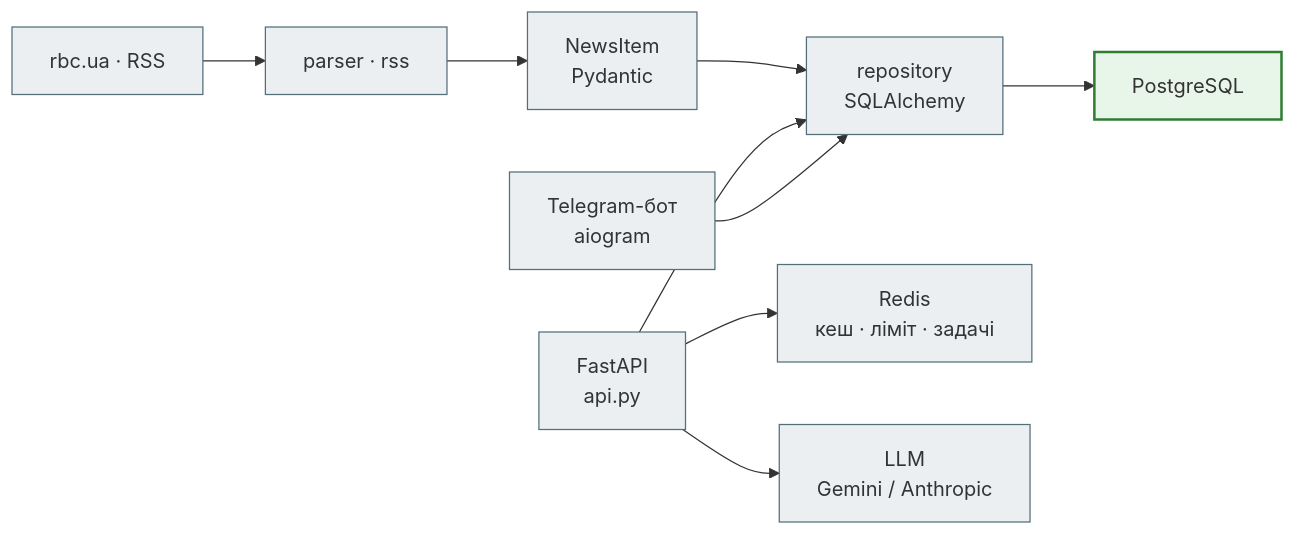
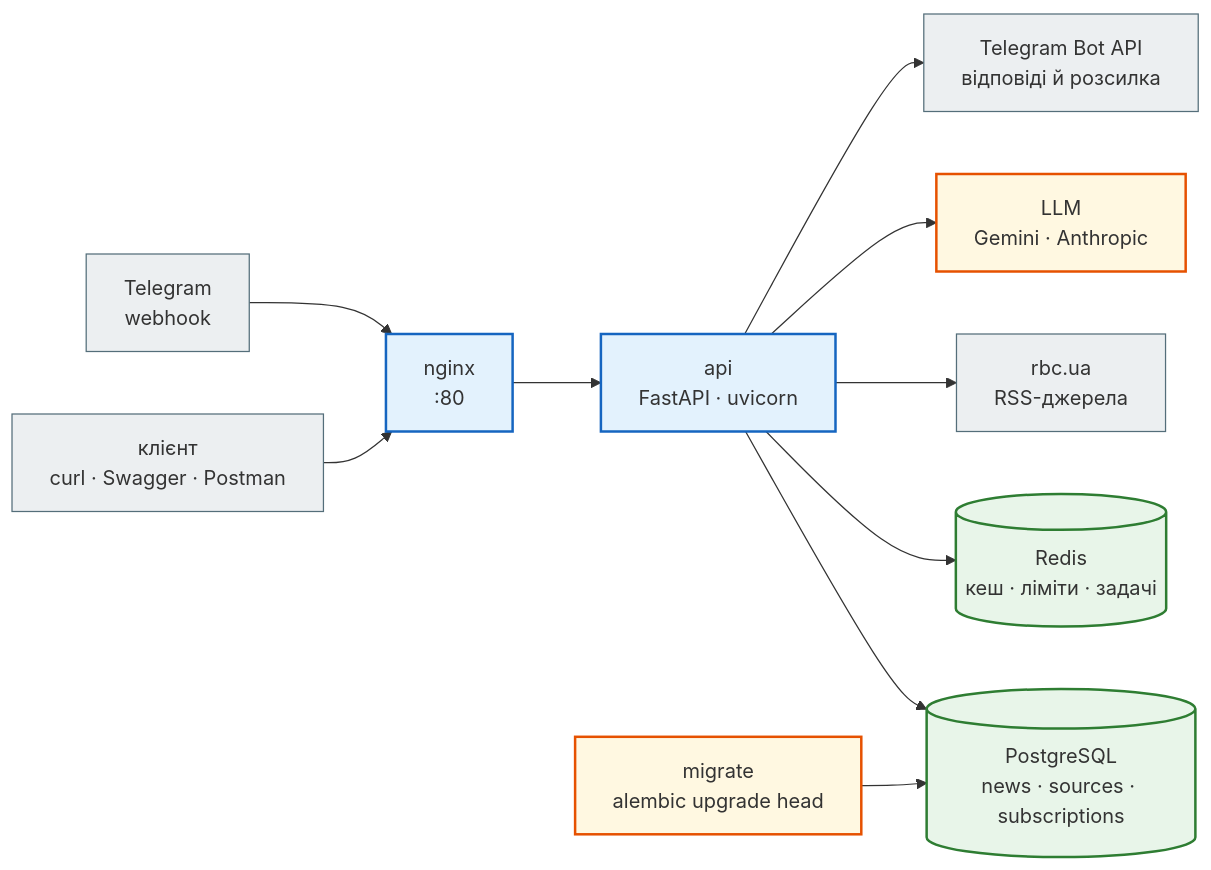
One commit to NikoriakViktor/news_hub changed the diagram in docs/deep_dive/README.md. Above: the diagram before and after it, drawn with Mermaid. The commit also changed other lines of this file and 268 other files, not shown here.

````diff
--- a/docs/deep_dive/README.md
+++ b/docs/deep_dive/README.md
@@ -6,15 +39,23 @@
 ```mermaid
 flowchart LR
     classDef step     fill:#eceff1,stroke:#546e7a,stroke-width:1px;
+    classDef decision fill:#e3f2fd,stroke:#1565c0,stroke-width:2px;
     classDef success  fill:#e8f5e9,stroke:#2e7d32,stroke-width:2px;
+    classDef error    fill:#ffebee,stroke:#c62828,stroke-width:3px;
+    classDef warning  fill:#fff8e1,stroke:#e65100,stroke-width:2px;
 
-    SRC["rbc.ua · RSS"] --> P["parser · rss"] --> M["NewsItem<br>Pydantic"] --> R["repository<br>SQLAlchemy"]
-    R --> DB["PostgreSQL"]
-    API["FastAPI<br>api.py"] --> R
-    API --> C["Redis<br>кеш · ліміт · задачі"]
-    API --> L["LLM<br>Gemini / Anthropic"]
-    BOT["Telegram-бот<br>aiogram"] --> R
+    U["клієнт<br>curl · Swagger · Postman"] --> NG["nginx<br>:80"]
+    TG["Telegram<br>webhook"] --> NG
+    NG --> API["api<br>FastAPI · uvicorn"]
+    API --> PG[("PostgreSQL<br>news · sources · subscriptions")]
+    API --> RD[("Redis<br>кеш · ліміти · задачі")]
+    API --> SRC["rbc.ua<br>RSS-джерела"]
+    API --> LLM["LLM<br>Gemini · Anthropic"]
+    API --> TG2["Telegram Bot API<br>відповіді й розсилка"]
+    MIG["migrate<br>alembic upgrade head"] --> PG
 
-    class SRC,P,M,R,API,C,L,BOT step
-    class DB success
+    class U,TG,TG2,SRC step
+    class NG,API decision
+    class PG,RD success
+    class LLM,MIG warning
 ```
````
